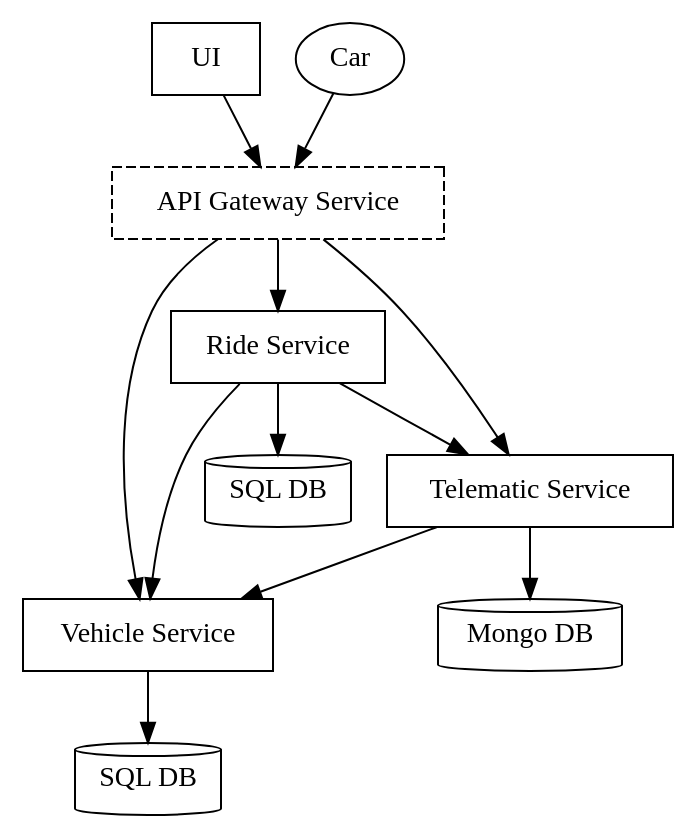
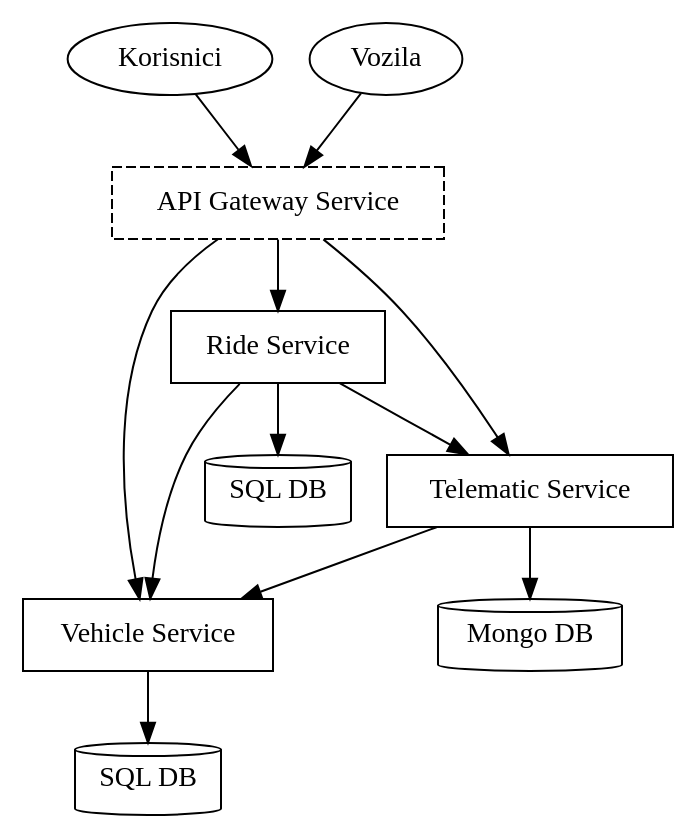
The diagram in services.dot (Pritilender/master-thesis), drawn with Graphviz before and after one commit. The commit also changed 52 other files, not shown here.

```diff
--- a/services.dot
+++ b/services.dot
@@ -1,33 +1,33 @@
 digraph G {
     /* Entities */
-    ui [label="UI", shape="rect"]
-    car [label="Car", shape=""]
+    ui [label="Korisnici", shape=""]
+    car [label="Vozila", shape=""]
     
     vehicleService [label="Vehicle Service", shape="rect", group="vehicle"]
     vehicleDb [label="SQL DB", shape="cylinder", group="vehicle"]
 
     rideService [label="Ride Service", shape="rect", group="ride"]
     rideDb [label="SQL DB", shape="cylinder", group="ride"]
 
     telematicsService [label="Telematic Service", shape="rect", group="telematics"]
     telematicsDb [label="Mongo DB", shape="cylinder", group="telematics"]
 
     apiGateway [label="API Gateway Service", shape="rect", style="dashed"]
     
     /* Relationships */
     ui -> apiGateway // Vehicle Info, Messages
     car -> apiGateway // Car Info Message
 
     vehicleService -> vehicleDb
 
     telematicsService -> vehicleService
     telematicsService -> telematicsDb
     
     apiGateway -> rideService
     apiGateway -> vehicleService
     apiGateway -> telematicsService
 
     rideService -> rideDb
     rideService -> vehicleService
     rideService -> telematicsService
 }
```
